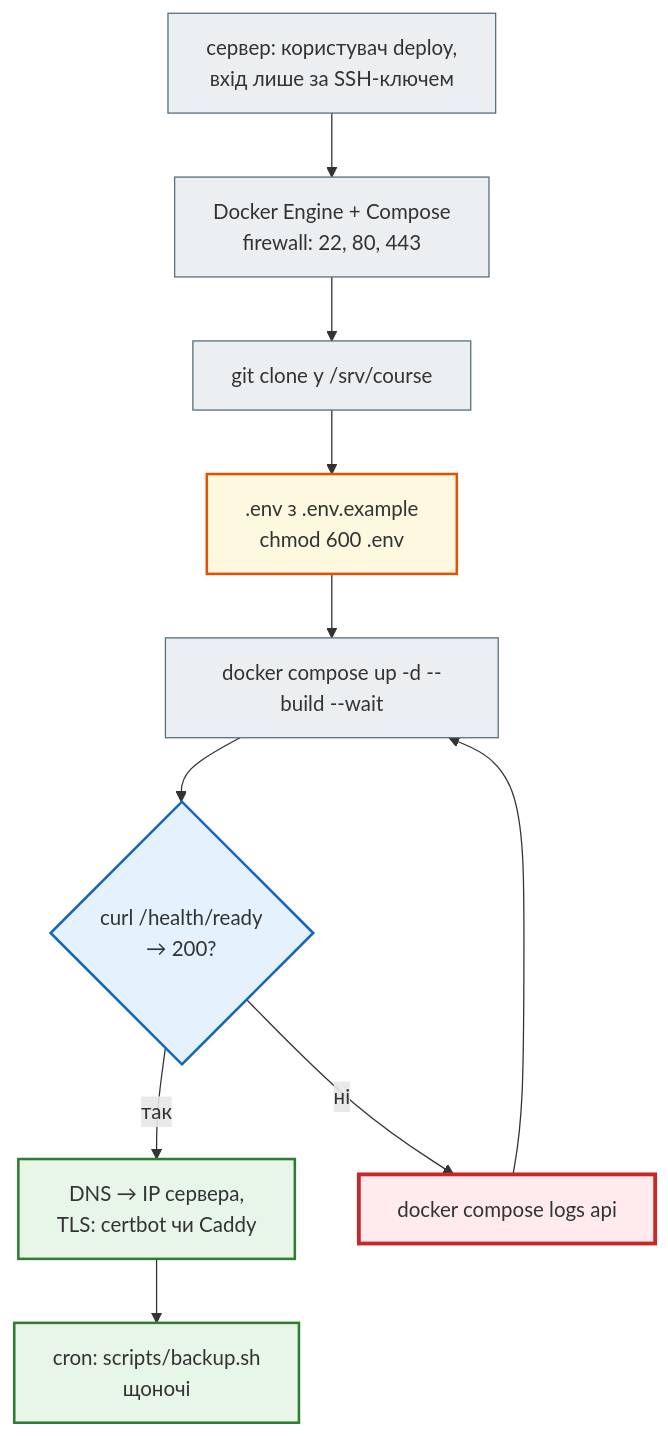
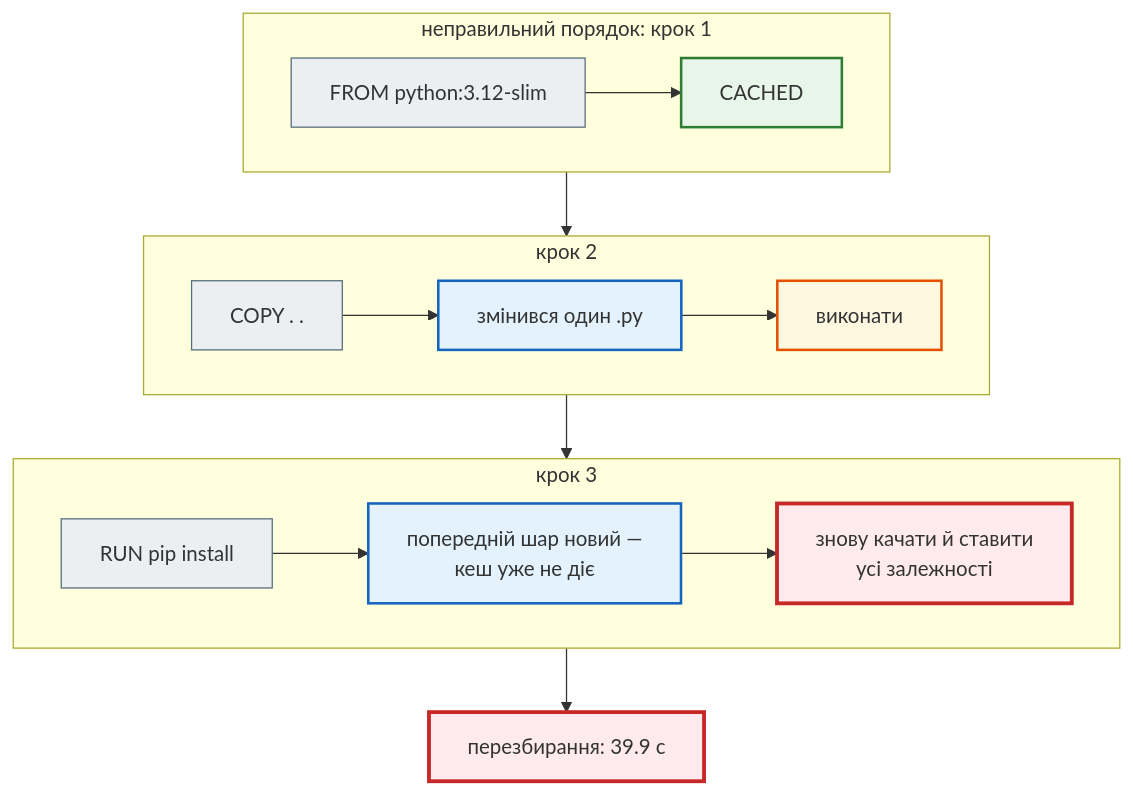
One commit to AlinaRadchenko/PY-Course-Victor-Nikoriak-22-09-2026 changed the second of 5 diagrams in docs/modules/m5/lesson_49.md. Above: the diagram before and after it, drawn with Mermaid. The commit also changed other lines of this file and 1846 other files, not shown here.

````diff
--- a/docs/modules/m5/lesson_49.md
+++ b/docs/modules/m5/lesson_49.md
@@ -538,27 +216,29 @@
 ```mermaid
 flowchart TD
     classDef step     fill:#eceff1,stroke:#546e7a,stroke-width:1px;
     classDef decision fill:#e3f2fd,stroke:#1565c0,stroke-width:2px;
     classDef success  fill:#e8f5e9,stroke:#2e7d32,stroke-width:2px;
     classDef error    fill:#ffebee,stroke:#c62828,stroke-width:3px;
     classDef warning  fill:#fff8e1,stroke:#e65100,stroke-width:2px;
 
-    S1["сервер: користувач deploy,<br>вхід лише за SSH-ключем"]
-    S2["Docker Engine + Compose<br>firewall: 22, 80, 443"]
-    S3["git clone у /srv/course"]
-    S4[".env з .env.example<br>chmod 600 .env"]
-    S5["docker compose up -d --build --wait"]
-    S6{"curl /health/ready<br>→ 200?"}
-    S7["DNS → IP сервера,<br>TLS: certbot чи Caddy"]
-    S8["cron: scripts/backup.sh<br>щоночі"]
-    S9["docker compose logs api"]
-    S1 --> S2 --> S3 --> S4 --> S5 --> S6
-    S6 -->|так| S7 --> S8
-    S6 -->|ні| S9 --> S5
+    subgraph B1["неправильний порядок: крок 1"]
+        direction LR
+        B1a["FROM python:3.12-slim"] --> B1b["CACHED"]
+    end
+    subgraph B2["крок 2"]
+        direction LR
+        B2a["COPY . ."] --> B2b["змінився один .py"] --> B2c["виконати"]
+    end
+    subgraph B3["крок 3"]
+        direction LR
+        B3a["RUN pip install"] --> B3b["попередній шар новий —<br>кеш уже не діє"] --> B3c["знову качати й ставити<br>усі залежності"]
+    end
+    R2["перезбирання: 39.9 с"]
+    B1 --> B2 --> B3 --> R2
 
-    class S1,S2,S3,S5 step
-    class S4 warning
-    class S6 decision
-    class S7,S8 success
-    class S9 error
+    class B1a,B2a,B3a step
+    class B2b,B3b decision
+    class B1b success
+    class B2c warning
+    class B3c,R2 error
 ```
````
